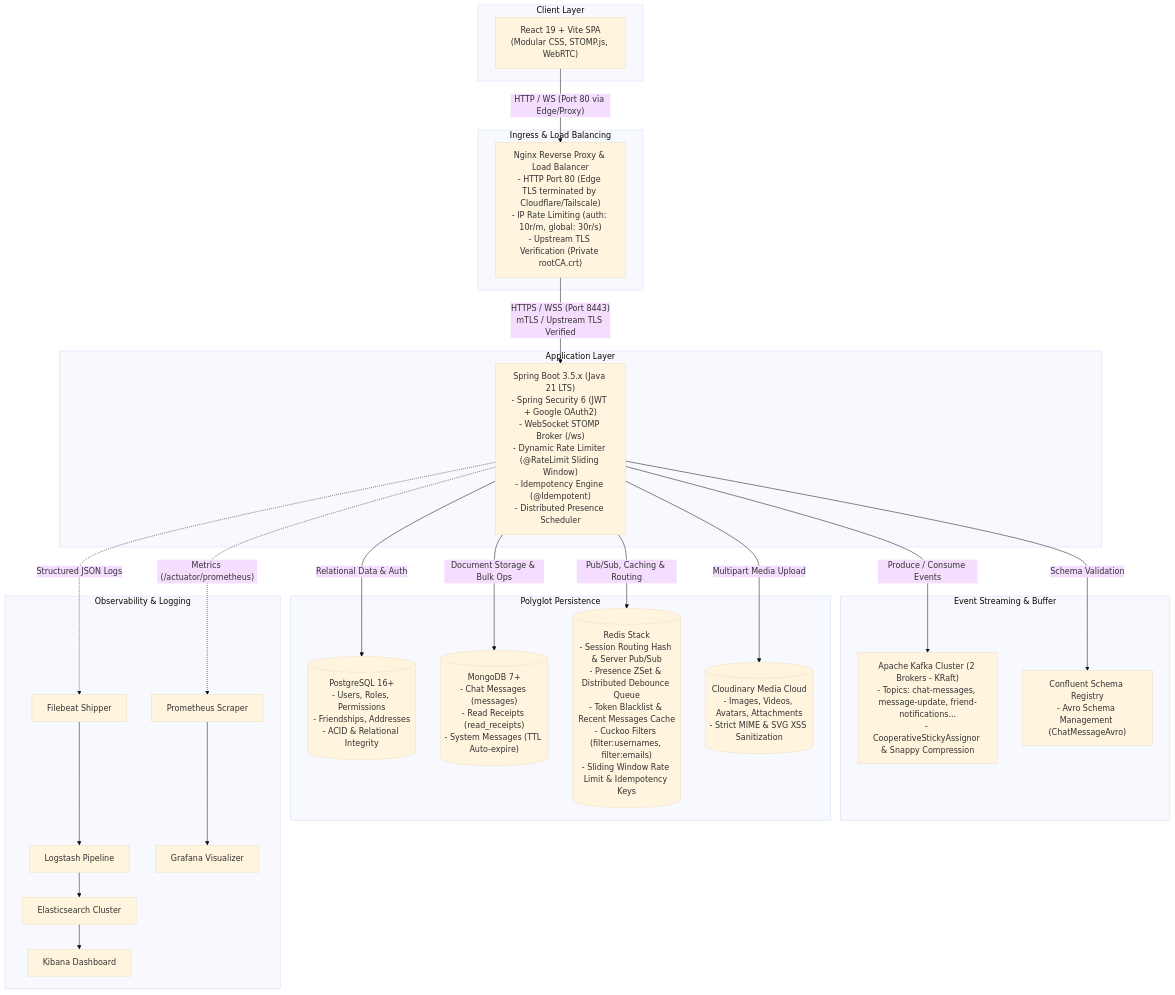
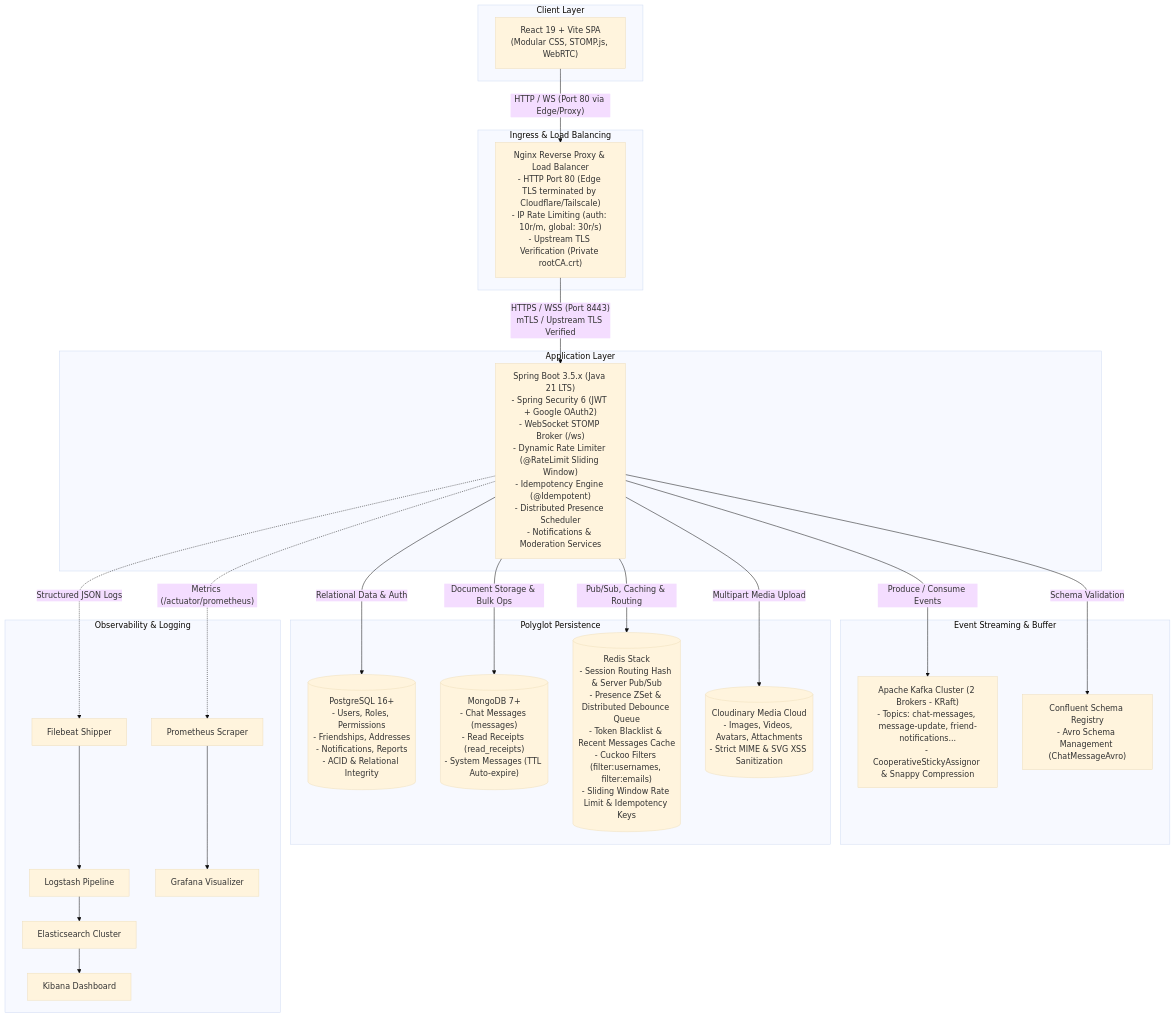
Before and after one commit to phwkha/ChatWeb-RealTime: the diagram in docs/architecture/01-system-overview.md, drawn with Mermaid (base theme). The commit also changed 11 other files, not shown here.

First line of the commit message:
feat: enhance documentation and database structure for user reports and notifications

````diff
--- a/docs/architecture/01-system-overview.md
+++ b/docs/architecture/01-system-overview.md
@@ -11,43 +11,43 @@
 ```mermaid
 graph TB
     subgraph ClientLayer["Client Layer"]
         WebClient["React 19 + Vite SPA<br/>(Modular CSS, STOMP.js, WebRTC)"]
     end
 
     subgraph IngressLayer["Ingress & Load Balancing"]
         Nginx["Nginx Reverse Proxy & Load Balancer<br/>- HTTP Port 80 (Edge TLS terminated by Cloudflare/Tailscale)<br/>- IP Rate Limiting (auth: 10r/m, global: 30r/s)<br/>- Upstream TLS Verification (Private rootCA.crt)"]
     end
 
     subgraph AppLayer["Application Layer"]
-        Backend["Spring Boot 3.5.x (Java 21 LTS)<br/>- Spring Security 6 (JWT + Google OAuth2)<br/>- WebSocket STOMP Broker (/ws)<br/>- Dynamic Rate Limiter (@RateLimit Sliding Window)<br/>- Idempotency Engine (@Idempotent)<br/>- Distributed Presence Scheduler"]
+        Backend["Spring Boot 3.5.x (Java 21 LTS)<br/>- Spring Security 6 (JWT + Google OAuth2)<br/>- WebSocket STOMP Broker (/ws)<br/>- Dynamic Rate Limiter (@RateLimit Sliding Window)<br/>- Idempotency Engine (@Idempotent)<br/>- Distributed Presence Scheduler<br/>- Notifications & Moderation Services"]
     end
 
     subgraph EventLayer["Event Streaming & Buffer"]
         Kafka["Apache Kafka Cluster (2 Brokers - KRaft)<br/>- Topics: chat-messages, message-update, friend-notifications...<br/>- CooperativeStickyAssignor & Snappy Compression"]
         SchemaRegistry["Confluent Schema Registry<br/>- Avro Schema Management (ChatMessageAvro)"]
     end
 
     subgraph StorageLayer["Polyglot Persistence"]
-        Postgres[("PostgreSQL 16+<br/>- Users, Roles, Permissions<br/>- Friendships, Addresses<br/>- ACID & Relational Integrity")]
+        Postgres[("PostgreSQL 16+<br/>- Users, Roles, Permissions<br/>- Friendships, Addresses<br/>- Notifications, Reports<br/>- ACID & Relational Integrity")]
         Mongo[("MongoDB 7+<br/>- Chat Messages (messages)<br/>- Read Receipts (read_receipts)<br/>- System Messages (TTL Auto-expire)")]
         Redis[("Redis Stack<br/>- Session Routing Hash & Server Pub/Sub<br/>- Presence ZSet & Distributed Debounce Queue<br/>- Token Blacklist & Recent Messages Cache<br/>- Cuckoo Filters (filter:usernames, filter:emails)<br/>- Sliding Window Rate Limit & Idempotency Keys")]
         Cloudinary[("Cloudinary Media Cloud<br/>- Images, Videos, Avatars, Attachments<br/>- Strict MIME & SVG XSS Sanitization")]
     end
 
     subgraph ObservabilityLayer["Observability & Logging"]
         Filebeat["Filebeat Shipper"] --> Logstash["Logstash Pipeline"] --> Elasticsearch["Elasticsearch Cluster"] --> Kibana["Kibana Dashboard"]
         Prometheus["Prometheus Scraper"] --> Grafana["Grafana Visualizer"]
         Backend -. "Metrics (/actuator/prometheus)" .-> Prometheus
         Backend -. "Structured JSON Logs" .-> Filebeat
     end
 
     %% Network Connections
     WebClient -->|"HTTP / WS (Port 80 via Edge/Proxy)"| Nginx
     Nginx -->|"HTTPS / WSS (Port 8443)<br/>mTLS / Upstream TLS Verified"| Backend
     Backend -->|"Pub/Sub, Caching & Routing"| Redis
     Backend -->|"Relational Data & Auth"| Postgres
     Backend -->|"Document Storage & Bulk Ops"| Mongo
     Backend -->|"Produce / Consume Events"| Kafka
     Backend -->|"Schema Validation"| SchemaRegistry
     Backend -->|"Multipart Media Upload"| Cloudinary
 ```
````
